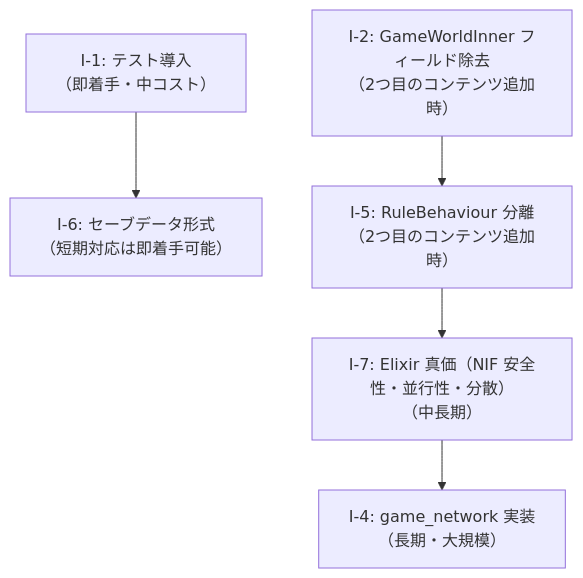
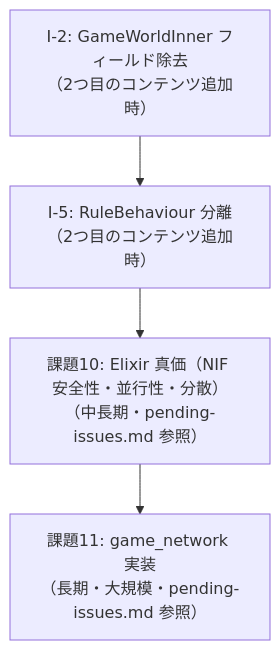
The diagram in docs/improvement-plan.md (FRICK-ELDY/alchemy-engine), drawn with Mermaid before and after one commit. The commit also changed other lines of this file and 3 other files, not shown here.

````diff
--- a/docs/improvement-plan.md
+++ b/docs/improvement-plan.md
@@ -431,14 +143,11 @@
 ```mermaid
 graph TD
-    I1["I-1: テスト導入\n（即着手・中コスト）"]
-    I6["I-6: セーブデータ形式\n（短期対応は即着手可能）"]
     I2["I-2: GameWorldInner フィールド除去\n（2つ目のコンテンツ追加時）"]
     I5["I-5: RuleBehaviour 分離\n（2つ目のコンテンツ追加時）"]
-    I7["I-7: Elixir 真価（NIF 安全性・並行性・分散）\n（中長期）"]
-    I4["I-4: game_network 実装\n（長期・大規模）"]
+    P10["課題10: Elixir 真価（NIF 安全性・並行性・分散）\n（中長期・pending-issues.md 参照）"]
+    P11["課題11: game_network 実装\n（長期・大規模・pending-issues.md 参照）"]
 
-    I1 --> I6
     I2 --> I5
-    I5 --> I7
-    I7 --> I4
+    I5 --> P10
+    P10 --> P11
 ```
````
